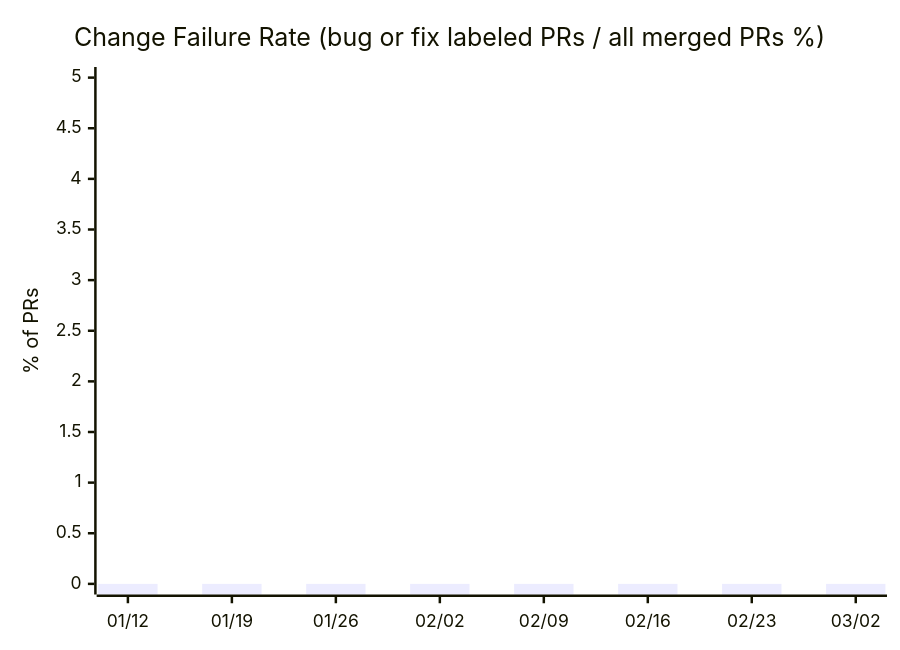
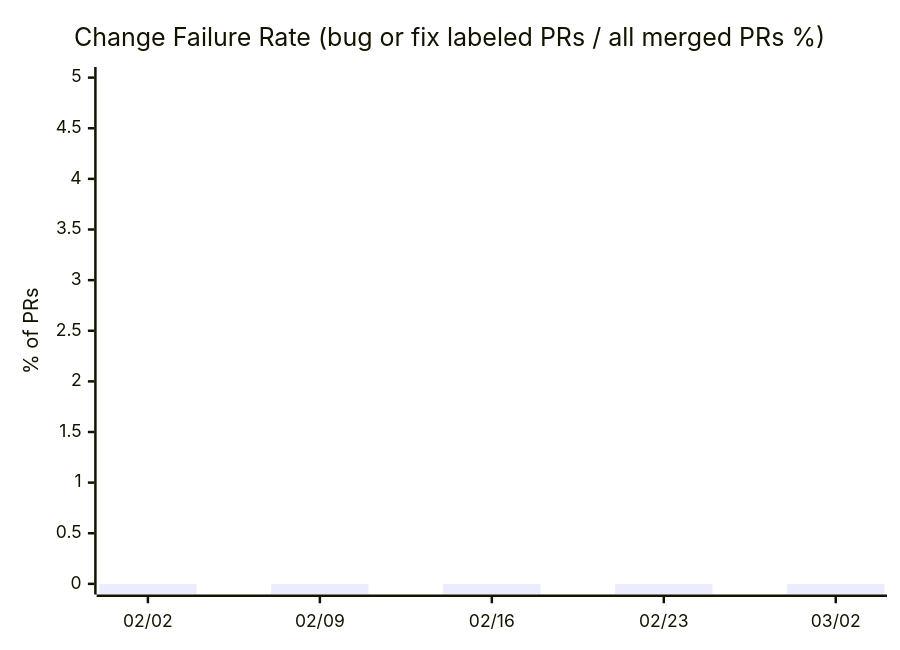
One commit to nablarch/nabledge-dev changed the third of 13 diagrams in docs/metrics.md. Above: the diagram before and after it, drawn with Mermaid. The commit also changed other lines of this file and 2 other files, not shown here.

First line of the commit message:
feat: simplify DORA scorecard table and start charts from first commit

````diff
--- a/docs/metrics.md
+++ b/docs/metrics.md
@@ -40,7 +41,7 @@
 ```mermaid
 xychart-beta
   title "Change Failure Rate (bug or fix labeled PRs / all merged PRs %)"
-  x-axis ["01/12", "01/19", "01/26", "02/02", "02/09", "02/16", "02/23", "03/02"]
+  x-axis ["02/02", "02/09", "02/16", "02/23", "03/02"]
   y-axis "% of PRs" 0 --> 5
-  bar [0, 0, 0, 0, 0, 0, 0, 0]
+  bar [0, 0, 0, 0, 0]
 ```
````
